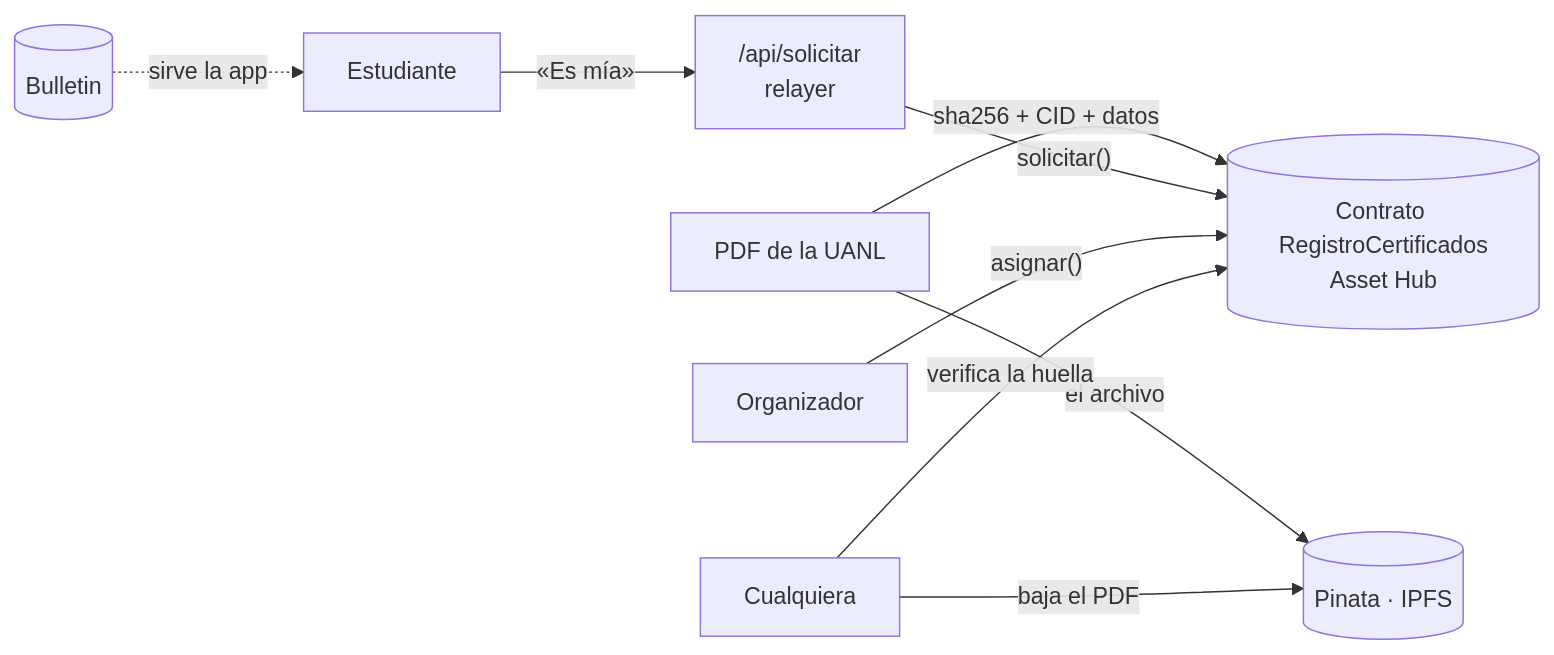
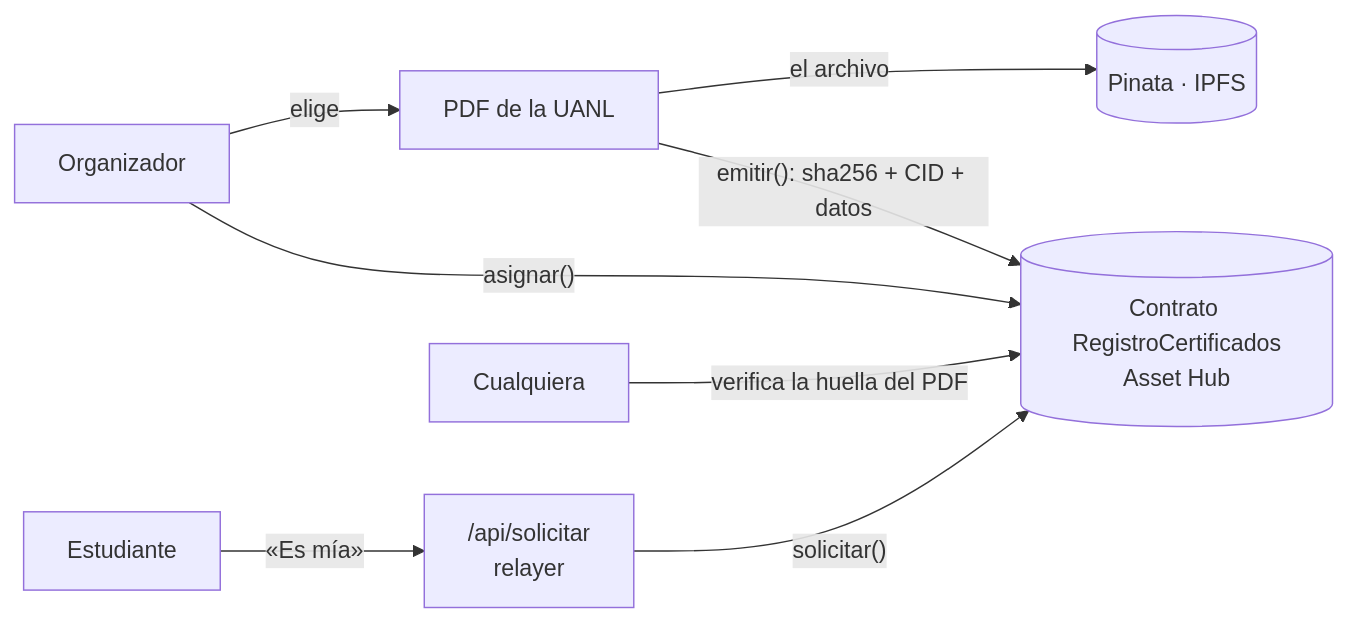
One commit to w3nerick/certificados-uanl changed the first of 4 diagrams in README.md. Above: the diagram before and after it, drawn with Mermaid.

Commit message:
README: diagrama general más legible

````diff
--- a/README.md
+++ b/README.md
@@ -139,10 +139,10 @@
 ```mermaid
 flowchart LR
-  PDF["PDF de la UANL"] -- "el archivo" --> IPFS[("Pinata · IPFS")]
-  PDF -- "sha256 + CID + datos" --> C[("Contrato RegistroCertificados<br/>Asset Hub")]
-  E["Estudiante"] -- "«Es mía»" --> R["/api/solicitar<br/>relayer"] -- "solicitar()" --> C
-  O["Organizador"] -- "asignar()" --> C
-  X["Cualquiera"] -- "verifica la huella" --> C
-  X -- "baja el PDF" --> IPFS
-  B[("Bulletin")] -. "sirve la app" .-> E
+  O["Organizador"] -->|"elige"| PDF["PDF de la UANL"]
+  PDF -->|"el archivo"| IPFS[("Pinata · IPFS")]
+  PDF -->|"emitir(): sha256 + CID + datos"| C[("Contrato RegistroCertificados<br/>Asset Hub")]
+  E["Estudiante"] -->|"«Es mía»"| R["/api/solicitar<br/>relayer"]
+  R -->|"solicitar()"| C
+  O -->|"asignar()"| C
+  X["Cualquiera"] -->|"verifica la huella del PDF"| C
 ```
````
